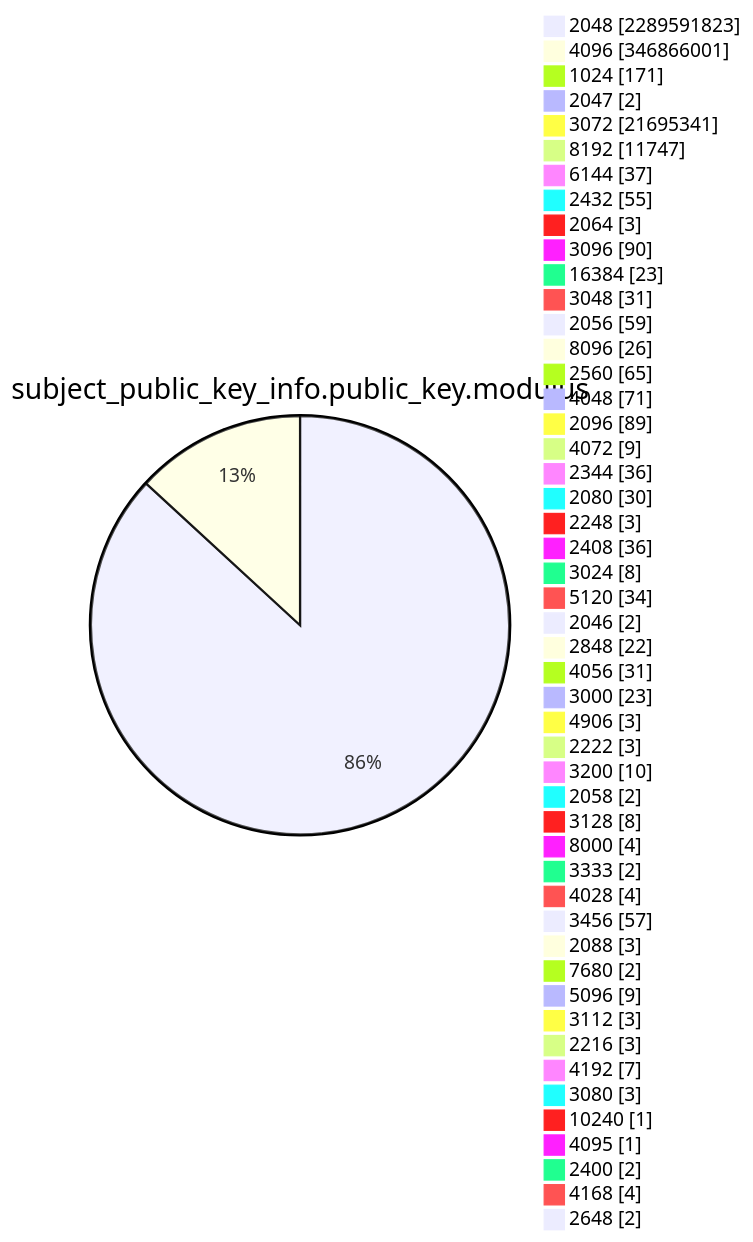
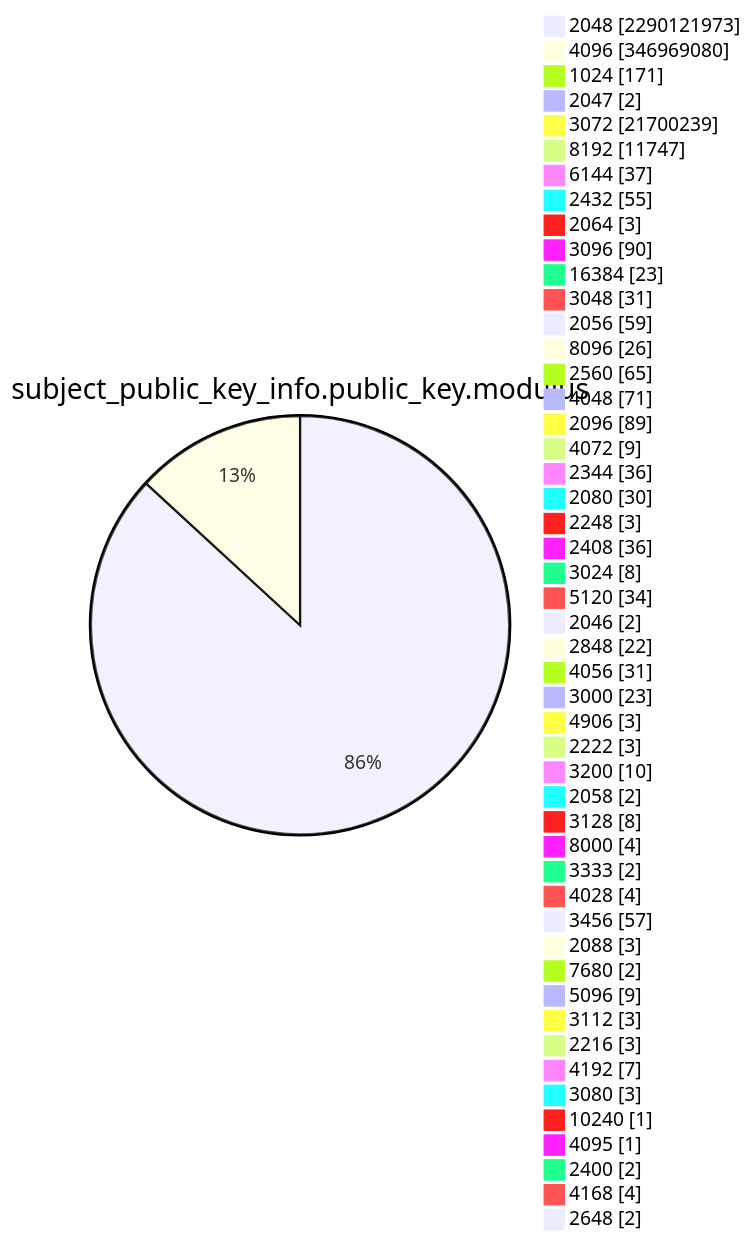
Diagram 13 of 15 in TOTAL/README.md (christiankrug/ctmonitor_visualization), drawn with Mermaid before and after one commit. The commit also changed other lines of this file, not shown here.

````diff
--- a/TOTAL/README.md
+++ b/TOTAL/README.md
@@ -4165,53 +4165,53 @@
 ```mermaid
 pie showData
 title subject_public_key_info.public_key.modulus
-"2048" :2289591823
-"4096" :346866001
+"2048" :2290121973
+"4096" :346969080
 "1024" :171
 "2047" :2
-"3072" :21695341
+"3072" :21700239
 "8192" :11747
 "6144" :37
 "2432" :55
 "2064" :3
 "3096" :90
 "16384" :23
 "3048" :31
 "2056" :59
 "8096" :26
 "2560" :65
 "4048" :71
 "2096" :89
 "4072" :9
 "2344" :36
 "2080" :30
 "2248" :3
 "2408" :36
 "3024" :8
 "5120" :34
 "2046" :2
 "2848" :22
 "4056" :31
 "3000" :23
 "4906" :3
 "2222" :3
 "3200" :10
 "2058" :2
 "3128" :8
 "8000" :4
 "3333" :2
 "4028" :4
 "3456" :57
 "2088" :3
 "7680" :2
 "5096" :9
 "3112" :3
 "2216" :3
 "4192" :7
 "3080" :3
 "10240" :1
 "4095" :1
 "2400" :2
 "4168" :4
 "2648" :2
 ```
````
